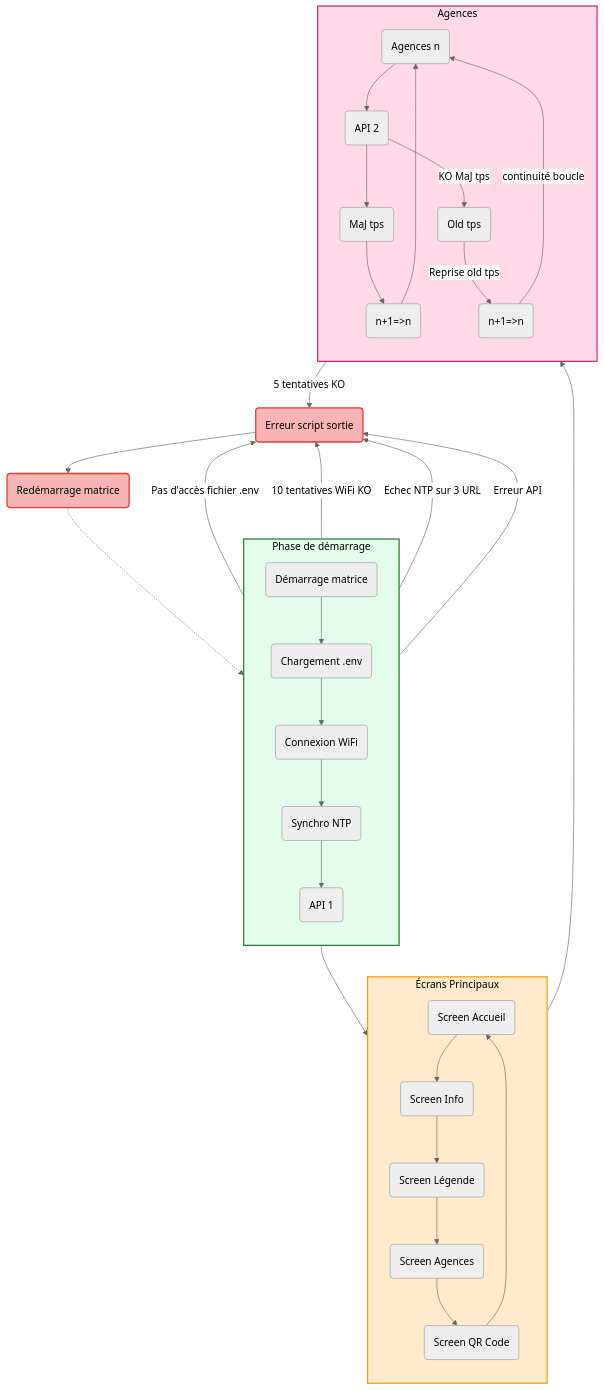
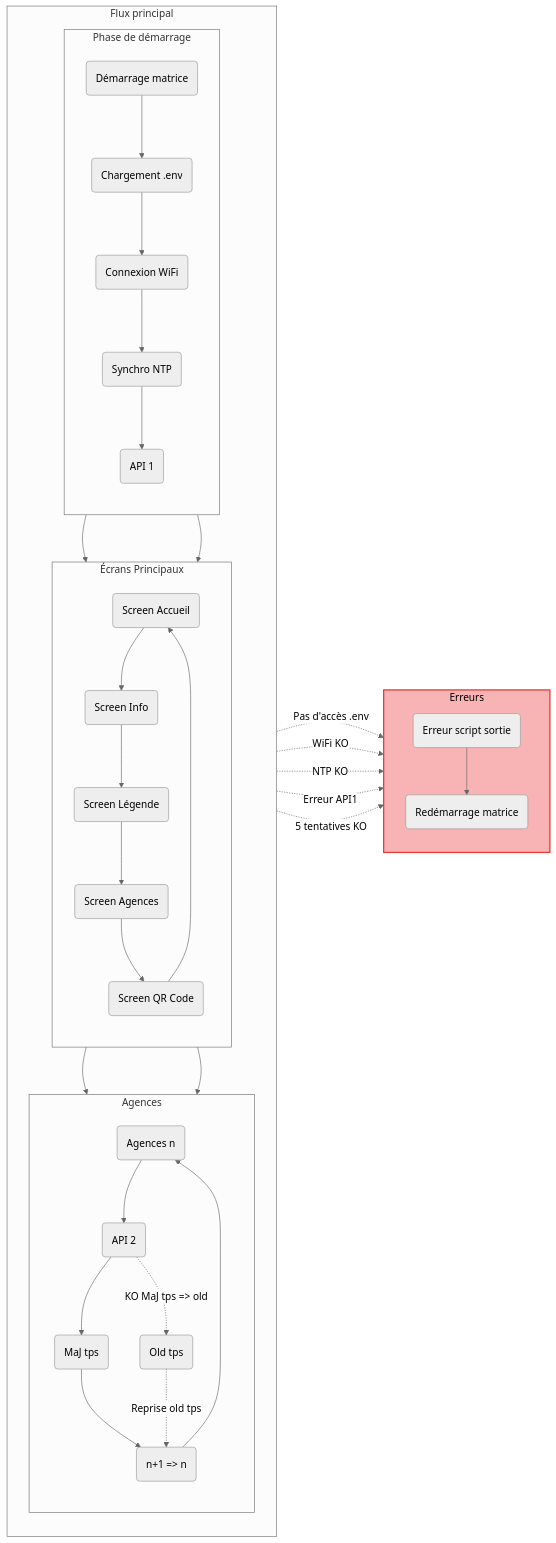
One commit to adriens/temps-attente-matrix-led changed the diagram in SCRIPT-PLAN.md. Above: the diagram before and after it, drawn with Mermaid.

````diff
--- a/SCRIPT-PLAN.md
+++ b/SCRIPT-PLAN.md
@@ -1,86 +1,89 @@
 ```mermaid
 %%{init: {'theme':'neutral', 'themeVariables': {'background':'#ffffff'}}}%%
 
-flowchart TB
+flowchart LR
 
-%% Définition des styles de couleur
+%% Couleurs
 classDef green fill:#E3FCEC,stroke:#2e7d32,stroke-width:2px,color:#000
 classDef orange fill:#FFEACC,stroke:#f59e0b,stroke-width:2px,color:#000
-classDef pink fill:#FFD9E8,stroke:#DB2777,stroke-width:2px,color:#000
+classDef blue fill:#CCE5FF,stroke:#004085,stroke-width:2px,color:#000
 classDef red fill:#f8b4b4,stroke:#e53935,stroke-width:2px,color:#000
 
-%% --- 1) Sous-graphe de démarrage ---
-subgraph S1[Phase de démarrage]
+%% --- Flux principal à gauche ---
+subgraph LEFT[Flux principal]
 direction TB
-    D1(Démarrage matrice)
-    D2(Chargement .env)
-    D3(Connexion WiFi)
-    D4(Synchro NTP)
-    D5(API 1)
-    
-    D1 --> D2
-    D2 --> D3
-    D3 --> D4
-    D4 --> D5
+
+    %% Sous-graphe S1 : Phase de démarrage
+    subgraph S1[Phase de démarrage]
+    direction TB
+        D1(Démarrage matrice)
+        D2(Chargement .env)
+        D3(Connexion WiFi)
+        D4(Synchro NTP)
+        D5(API 1)
+        
+        D1 --> D2
+        D2 --> D3
+        D3 --> D4
+        D4 --> D5
+    end
+    class S1 green
+
+    %% Sous-graphe S2 : Écrans Principaux
+    subgraph S2[Écrans Principaux]
+    direction TB
+        SC1(Screen Accueil)
+        SC2(Screen Info)
+        SC3(Screen Légende)
+        SC4(Screen Agences)
+        SC5(Screen QR Code)
+        
+        D5 --> SC1
+        SC1 --> SC2
+        SC2 --> SC3
+        SC3 --> SC4
+        SC4 --> SC5
+        SC5 --> SC1
+    end
+    class S2 orange
+
+    %% Sous-graphe S3 : Agences
+    subgraph S3[Agences]
+    direction TB
+        A1(Agences n)
+        A2(API 2)
+        A3(MaJ tps)
+        A4(Old tps)
+        A5(n+1 => n)
+
+        SC4 --> A1
+        A1 --> A2
+        A2 --> A3
+        A3 --> A5
+        A5 --> A1
+    end
+    class S3 blue
+
+    %% Chaînage vertical S1 -> S2 -> S3
+    S1 --> S2 --> S3
+
 end
-class S1 green
 
-%% Liaisons d'erreur possibles
-D2 -- "Pas d'accès fichier .env" --> E1(Erreur script<br>Sortie)
-D3 -- "10 tentatives WiFi KO" --> E1
-D4 -- "Echec NTP sur 3 URL" --> E1
-D5 -- "Erreur API" --> E1
+%% --- Sous-graphe ERRORS à droite ---
+subgraph ERRORS[Erreurs]
+direction TB
+    E1(Erreur script sortie)
+    R1(Redémarrage matrice)
+    E1 --> R1
+end
+class ERRORS red
 
-%% --- 2) Sous-graphe des écrans principaux ---
-subgraph S2[Écrans Principaux]
-direction TB
-    SC1(Screen Accueil)
-    SC2(Screen Info)
-    SC3(Screen Légende)
-    SC4(Screen Agences)
-    SC5(Screen QR Code)
-    
-    D5  --> SC1
-    SC1 --> SC2
-    SC2 --> SC3
-    SC3 --> SC4
-    SC4 --> SC5
-    SC5 --> SC1
-end
-class S2 orange
-
-%% --- 3) Sous-graphe de la gestion des agences ---
-subgraph S3[Agences]
-direction TB
-    A1(Agences n)
-    A2(API 2)
-    A3(MaJ tps)
-    A4(Old tps)
-    A5(n+1=>n)
-    A6(n+1=>n)
-
-    SC4 --> A1
-    A1 --> A2
-    A2 --> A3
-    A3 --> A5
-    A5 --> A1
-end
-class S3 pink
-
-%% Erreurs lors de l'appel ou de la mise à jour
-A2 -- "KO MaJ tps" --> A4 
-A4 --"Reprise old tps" --> A6 
-A6 -- "continuité boucle" --> A1 
-A2 -- "5 tentatives KO" --> E1
-
-%% Noeud d'erreur global
-E1(Erreur script sortie)
-class E1 red
-
-%% Redémarrage
-R1(Redémarrage matrice)
-class R1 red
-
-E1 --> R1
-R1 -.-> D1
+%% --- Traits en pointillés vers le bloc d'erreur ---
+D2 -. "Pas d'accès .env" .-> E1
+D3 -. "WiFi KO" .-> E1
+D4 -. "NTP KO" .-> E1
+D5 -. "Erreur API1" .-> E1
+A2 -. "5 tentatives KO" .-> E1
+A2 -. "KO MaJ tps => old" .-> A4
+A4 -. "Reprise old tps" .-> A5
 ```
````
